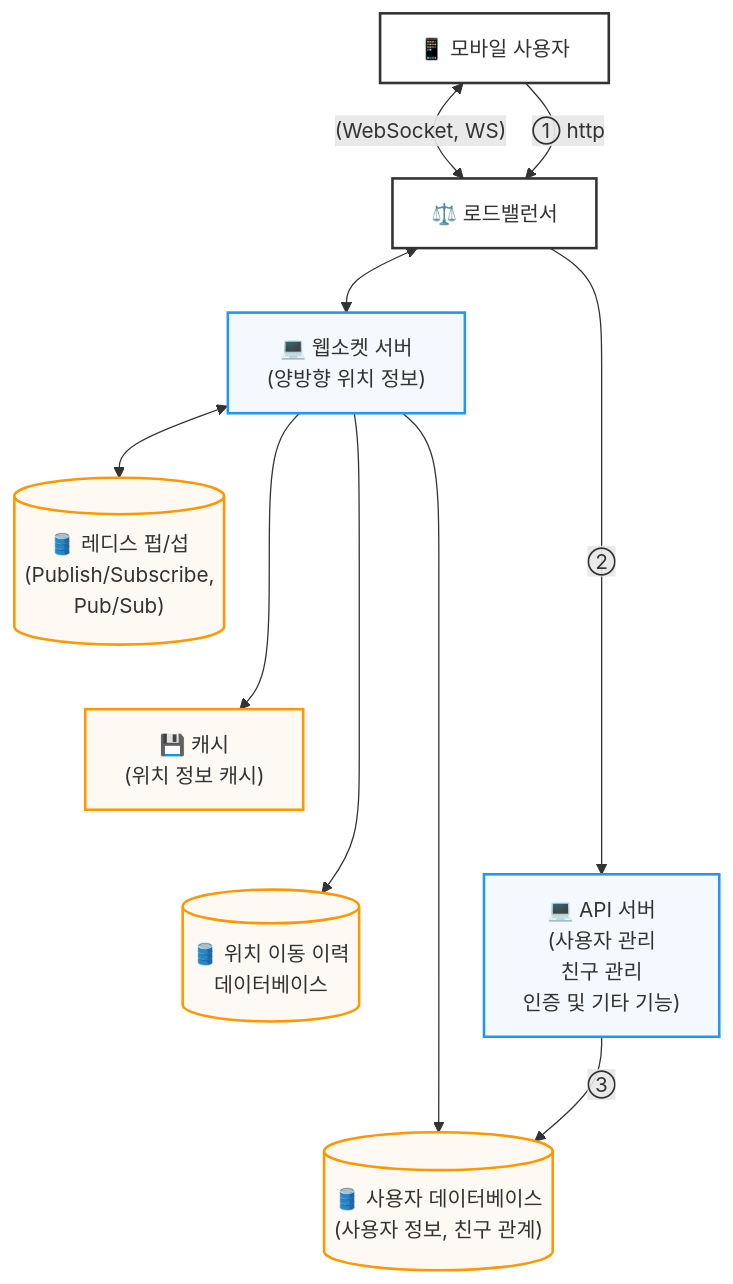
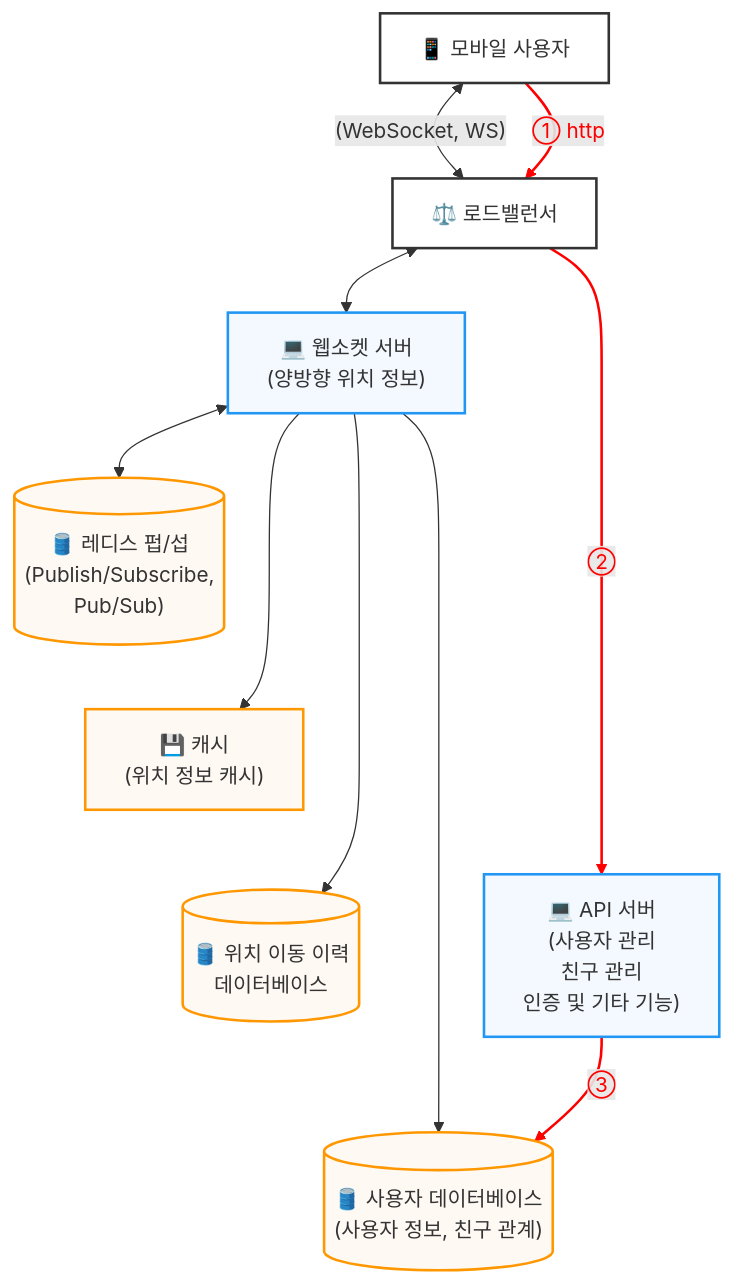
The third of 6 diagrams in _posts/2026-06-05-architecture-1.md (assu10/assu10.github.io), drawn with Mermaid before and after one commit. The commit also changed other lines of this file, not shown here.

````diff
--- a/_posts/2026-06-05-architecture-1.md
+++ b/_posts/2026-06-05-architecture-1.md
@@ -206,50 +206,57 @@
 ```mermaid
 graph TD
 %% 노드 스타일 정의
   classDef client fill:#ffffff,stroke:#333333,stroke-width:2px;
   classDef lb fill:#ffffff,stroke:#333333,stroke-width:2px;
   classDef server fill:#f4f9ff,stroke:#2196f3,stroke-width:2px;
   classDef database fill:#fff9f4,stroke:#ff9800,stroke-width:2px;
 
 %% 1단계: 최상단 클라이언트
   Client["📱 모바일 사용자"]:::client
 
 %% 2단계: 로드밸런서
   LB["⚖️ 로드밸런서"]:::lb
 
 %% 3단계: 서버 레이어
   WS_Server["💻 웹소켓 서버<br>(양방향 위치 정보)"]:::server
   API_Server["💻 API 서버<br>(사용자 관리<br>친구 관리<br>인증 및 기타 기능)"]:::server
 
 %% 4단계: 하단 컴포넌트 레이어
   Redis[("🛢️ 레디스 펍/섭<br>(Publish/Subscribe,<br>Pub/Sub)")]:::database
   Cache["💾 캐시<br>(위치 정보 캐시)"]:::database
   DB_Location[("🛢️ 위치 이동 이력<br>데이터베이스")]:::database
   DB_User[("🛢️ 사용자 데이터베이스<br>(사용자 정보, 친구 관계)")]:::database
 
-%% 하단 컴포넌트 좌->우 정렬 순서 강제 고정
-  Redis ~~~ Cache ~~~ DB_Location ~~~ DB_User
-
 %% --------------------------------------------------------
 %% 화살표 흐름 정의
 %% --------------------------------------------------------
 
 %% 모바일 사용자 <-> 로드밸런서
   Client <-->|"(WebSocket, WS)"| LB
   Client -- "① http" --> LB
 
 %% 로드밸런서 -> 서버 레이어
   LB <--> WS_Server
   LB -->|②| API_Server
 
 %% 웹소켓 서버 <-> 레디스 펍/섭
   WS_Server <--> Redis
 
 %% 웹소켓 서버 -> 하단 저장소들
   WS_Server --> Cache
   WS_Server --> DB_Location
   WS_Server --> DB_User
 
 %% API 서버 -> 사용자 데이터베이스
   API_Server -->|③| DB_User
+
+%% 하단 컴포넌트 좌->우 정렬 순서 강제 고정
+  Redis ~~~ Cache ~~~ DB_Location ~~~ DB_User
+
+%% --------------------------------------------------------
+%% 숫자가 붙은 화살표(①, ②, ③)만 빨간색 스타일 적용
+%% --------------------------------------------------------
+  linkStyle 1 stroke:red,stroke-width:2px,color:red;
+  linkStyle 3 stroke:red,stroke-width:2px,color:red;
+  linkStyle 8 stroke:red,stroke-width:2px,color:red;
 ```
````
